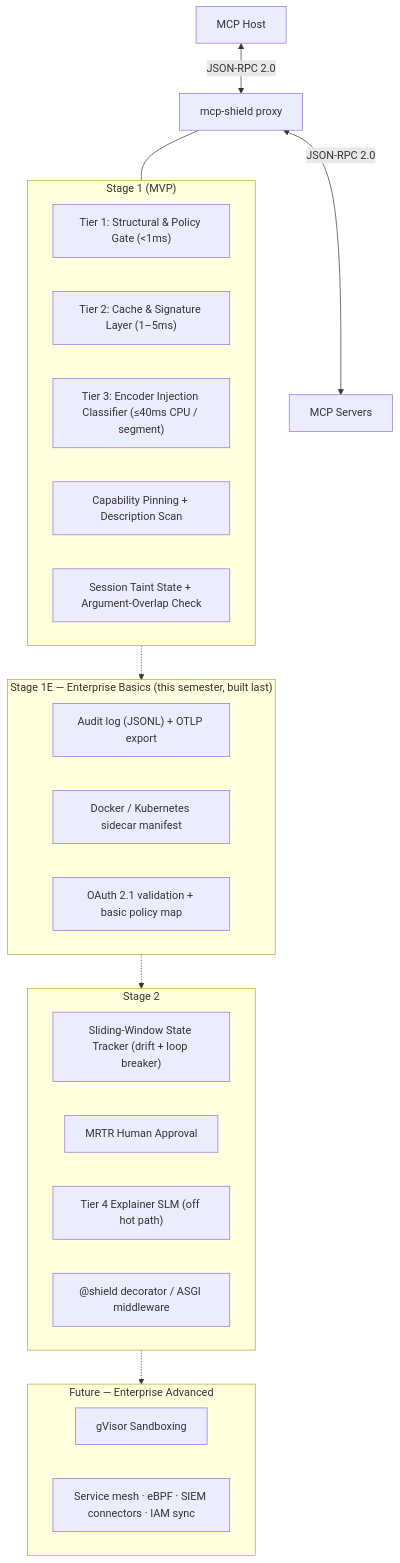
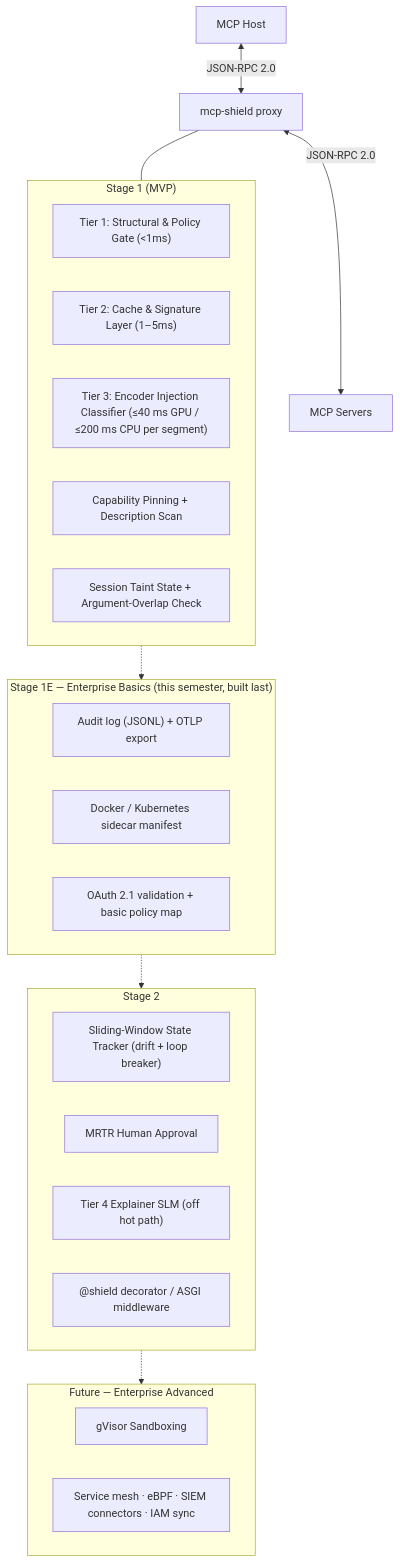
Before and after one commit to rishikeshvarma/MCP-Shield: the diagram in 06 - Fortified Solution & Defense Upgrades.md, drawn with Mermaid. The commit also changed other lines of this file and 13 other files, not shown here.

First line of the commit message:
Fix table rendering in Review-2 content; export diagrams as PNGs

````diff
--- a/06 - Fortified Solution & Defense Upgrades.md
+++ b/06 - Fortified Solution & Defense Upgrades.md
@@ -25,36 +25,36 @@
 ```mermaid
 graph TD
     Host["MCP Host"] <-->|"JSON-RPC 2.0"| Proxy["mcp-shield proxy"]
     Proxy <-->|"JSON-RPC 2.0"| Servers["MCP Servers"]
 
     subgraph Stage1["Stage 1 (MVP)"]
         F1["Tier 1: Structural & Policy Gate (<1ms)"]
         F2["Tier 2: Cache & Signature Layer (1–5ms)"]
-        F3["Tier 3: Encoder Injection Classifier (≤40ms CPU / segment)"]
+        F3["Tier 3: Encoder Injection Classifier (≤40 ms GPU / ≤200 ms CPU per segment)"]
         F4["Capability Pinning + Description Scan"]
         F5["Session Taint State + Argument-Overlap Check"]
     end
 
     subgraph Stage2["Stage 2"]
         F6["Sliding-Window State Tracker (drift + loop breaker)"]
         F7["MRTR Human Approval"]
         F8["Tier 4 Explainer SLM (off hot path)"]
         F9["@shield decorator / ASGI middleware"]
     end
 
     subgraph Stage1E["Stage 1E — Enterprise Basics (this semester, built last)"]
         F12["Audit log (JSONL) + OTLP export"]
         F13["Docker / Kubernetes sidecar manifest"]
         F14["OAuth 2.1 validation + basic policy map"]
     end
 
     subgraph Future["Future — Enterprise Advanced"]
         F10["gVisor Sandboxing"]
         F11["Service mesh · eBPF · SIEM connectors · IAM sync"]
     end
 
     Proxy --- Stage1
     Stage1 -.-> Stage1E
     Stage1E -.-> Stage2
     Stage2 -.-> Future
 ```
````
